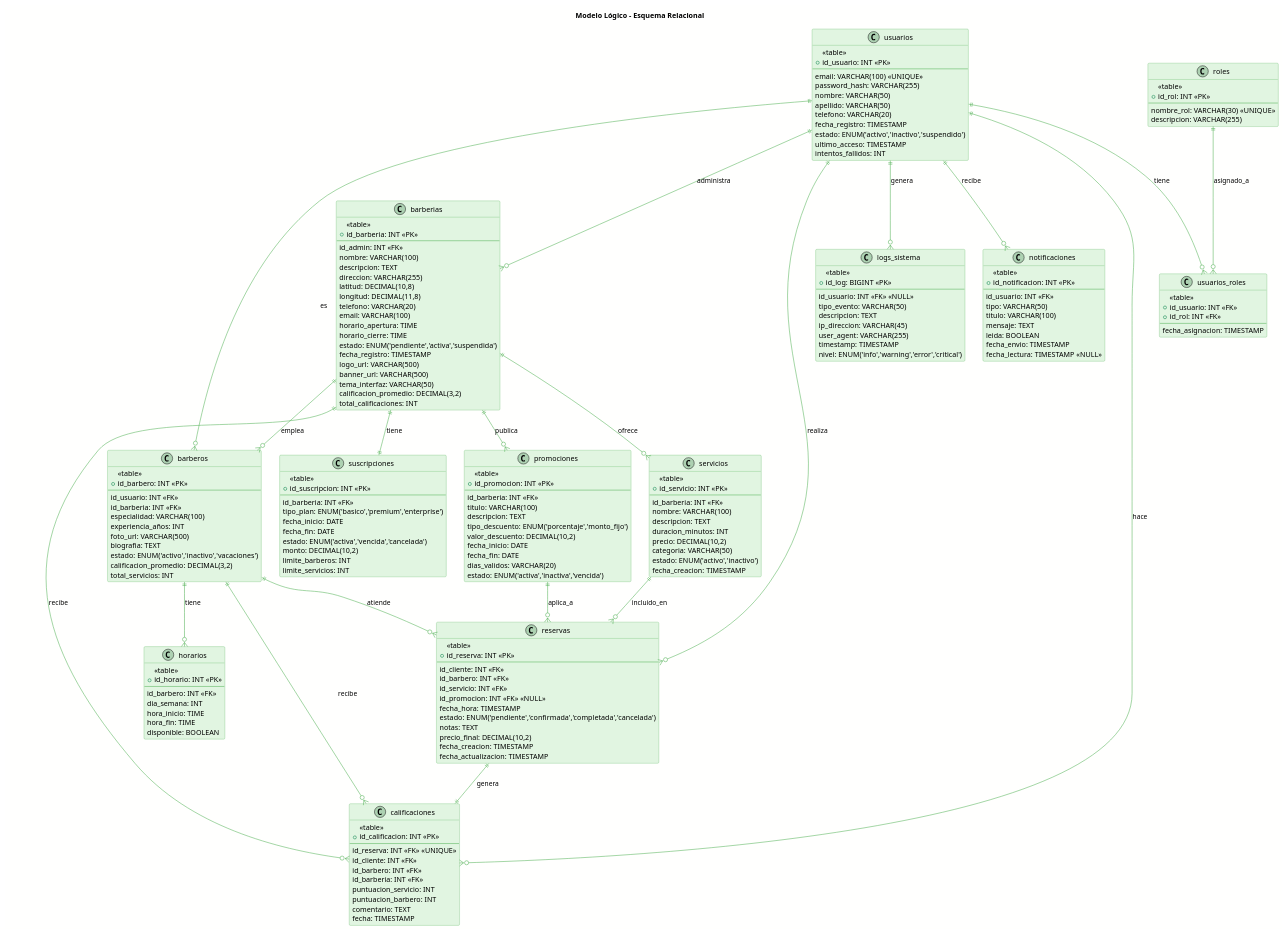
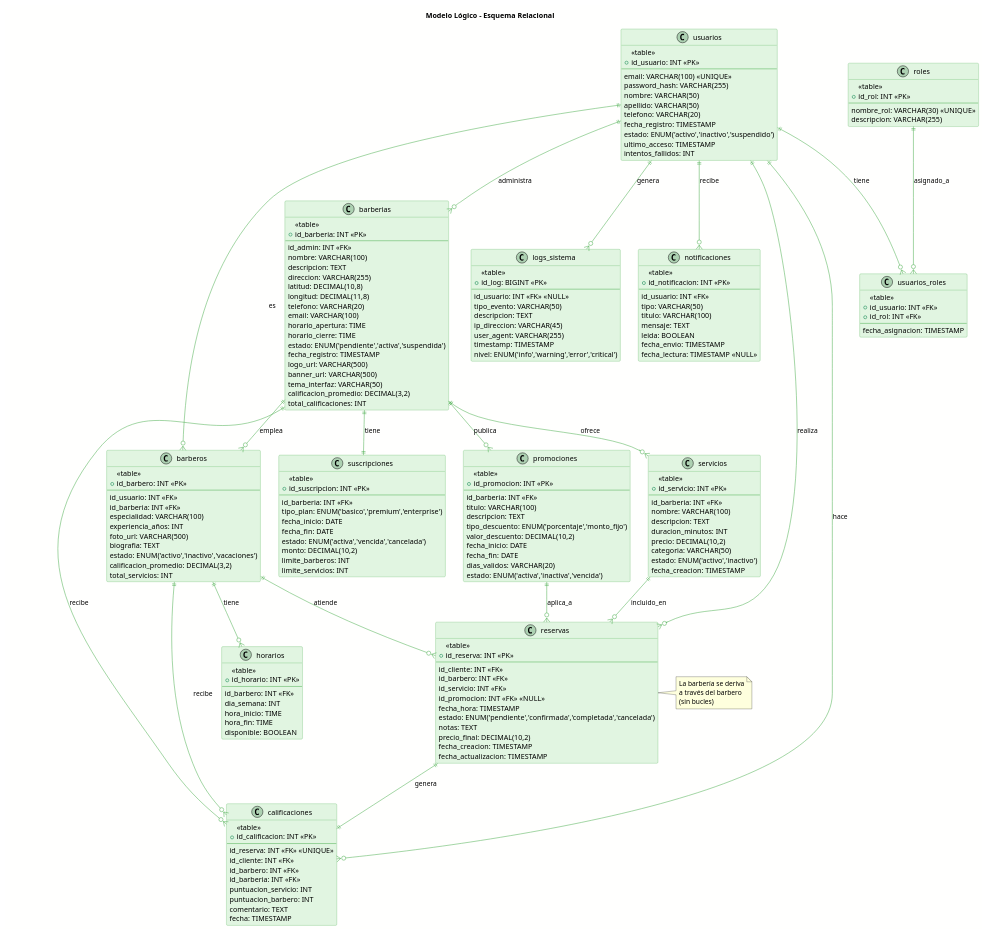
One commit to tunek12421/Barberias-App changed the diagram in Diagramas/Modelados/ModeloLógico.puml. Above: the diagram before and after it, drawn with PlantUML. The commit also changed 3 other files, not shown here.

```diff
--- a/Diagramas/Modelados/ModeloLógico.puml
+++ b/Diagramas/Modelados/ModeloLógico.puml
@@ -106,6 +106,11 @@
     fecha_creacion: TIMESTAMP
     fecha_actualizacion: TIMESTAMP
 }
+note right of reservas
+  La barbería se deriva
+  a través del barbero
+  (sin bucles)
+end note
 
 class calificaciones {
     <<table>>
```
